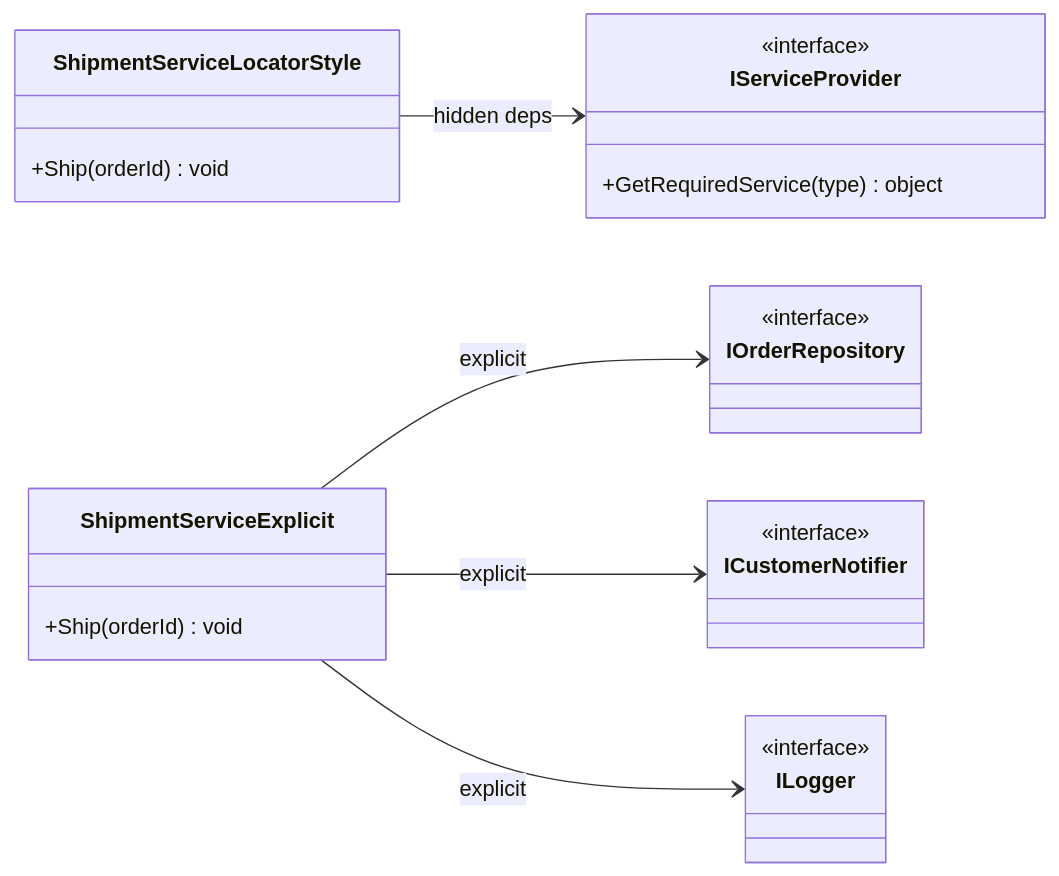
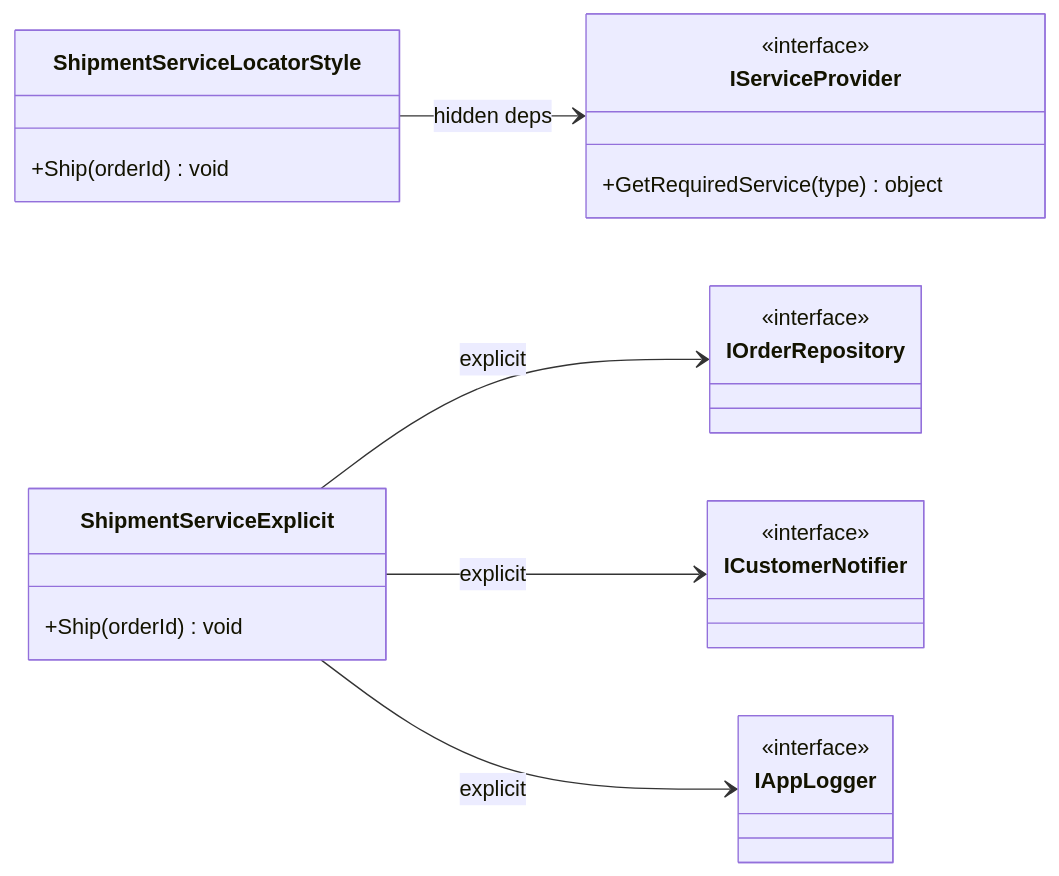
One commit to jeff-adkisson/swe-4743-spring-2026-oo-design changed diagram 13 of 22 in presentations/10-dependency-injection.md. Above: the diagram before and after it, drawn with Mermaid. The commit also changed other lines of this file and 2 other files, not shown here.

````diff
--- a/presentations/10-dependency-injection.md
+++ b/presentations/10-dependency-injection.md
@@ -808,29 +812,29 @@
 ```mermaid
 classDiagram
 direction LR
 
 class ShipmentServiceLocatorStyle {
   +Ship(orderId) void
 }
 class IServiceProvider {
   <<interface>>
   +GetRequiredService(type) object
 }
 class ShipmentServiceExplicit {
   +Ship(orderId) void
 }
 class IOrderRepository {
   <<interface>>
 }
 class ICustomerNotifier {
   <<interface>>
 }
-class ILogger {
+class IAppLogger {
   <<interface>>
 }
 
 ShipmentServiceLocatorStyle --> IServiceProvider : hidden deps
 ShipmentServiceExplicit --> IOrderRepository : explicit
 ShipmentServiceExplicit --> ICustomerNotifier : explicit
-ShipmentServiceExplicit --> ILogger : explicit
+ShipmentServiceExplicit --> IAppLogger : explicit
 ```
````
